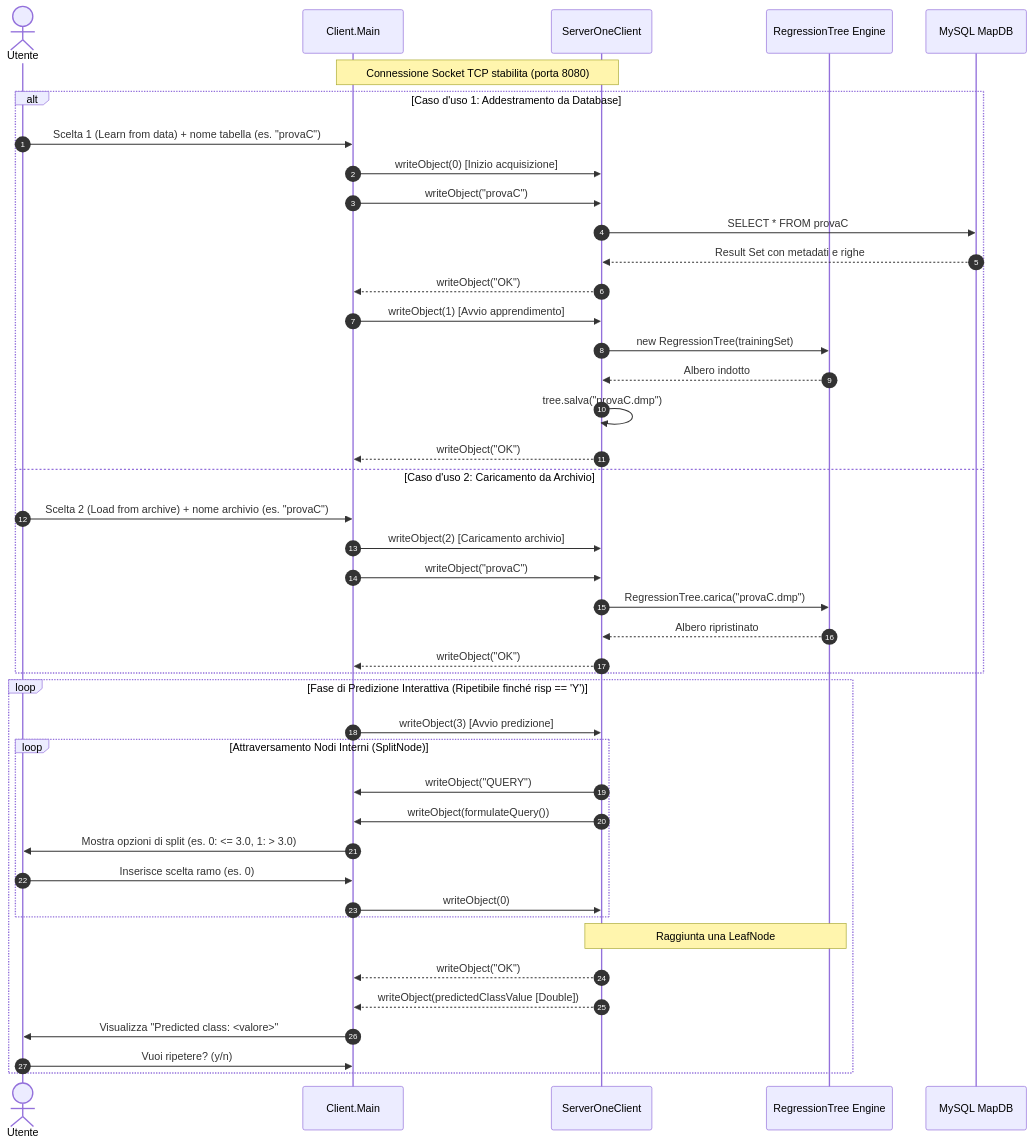
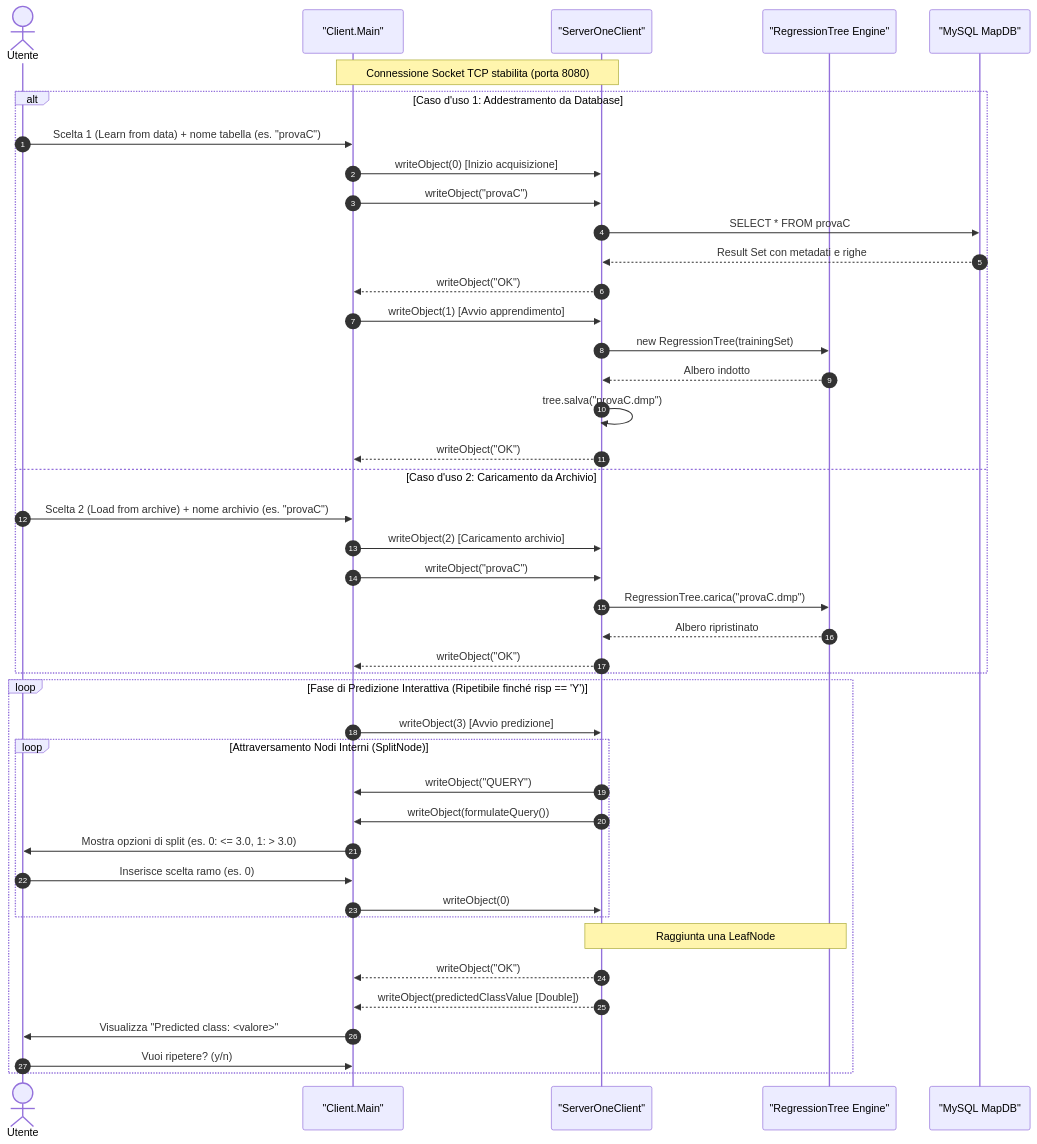
The second of 4 diagrams in docs/guida-tecnica.md (MarcoDiana/Albero_di_regressione), drawn with Mermaid before and after one commit. The commit also changed other lines of this file and 222 other files, not shown here.

Commit message:
docs: allineamento completo documentazione, diagrammi UML, PDF e javadoc aggregato

````diff
--- a/docs/guida-tecnica.md
+++ b/docs/guida-tecnica.md
@@ -276,49 +276,49 @@
 ```mermaid
 sequenceDiagram
     autonumber
     actor Utente
-    participant Client as Client.Main
-    participant Server as ServerOneClient
-    participant Engine as RegressionTree Engine
-    participant DB as MySQL MapDB
+    participant Client as "Client.Main"
+    participant Server as "ServerOneClient"
+    participant Engine as "RegressionTree Engine"
+    participant DB as "MySQL MapDB"
 
     Note over Client,Server: Connessione Socket TCP stabilita (porta 8080)
 
     alt Caso d'uso 1: Addestramento da Database
         Utente->>Client: Scelta 1 (Learn from data) + nome tabella (es. "provaC")
         Client->>Server: writeObject(0) [Inizio acquisizione]
         Client->>Server: writeObject("provaC")
         Server->>DB: SELECT * FROM provaC
         DB-->>Server: Result Set con metadati e righe
         Server-->>Client: writeObject("OK")
         
         Client->>Server: writeObject(1) [Avvio apprendimento]
         Server->>Engine: new RegressionTree(trainingSet)
         Engine-->>Server: Albero indotto
         Server->>Server: tree.salva("provaC.dmp")
         Server-->>Client: writeObject("OK")
     else Caso d'uso 2: Caricamento da Archivio
         Utente->>Client: Scelta 2 (Load from archive) + nome archivio (es. "provaC")
         Client->>Server: writeObject(2) [Caricamento archivio]
         Client->>Server: writeObject("provaC")
         Server->>Engine: RegressionTree.carica("provaC.dmp")
         Engine-->>Server: Albero ripristinato
         Server-->>Client: writeObject("OK")
     end
 
     loop Fase di Predizione Interattiva (Ripetibile finché risp == 'Y')
         Client->>Server: writeObject(3) [Avvio predizione]
         loop Attraversamento Nodi Interni (SplitNode)
             Server->>Client: writeObject("QUERY")
             Server->>Client: writeObject(formulateQuery())
             Client->>Utente: Mostra opzioni di split (es. 0: <= 3.0, 1: > 3.0)
             Utente->>Client: Inserisce scelta ramo (es. 0)
             Client->>Server: writeObject(0)
         end
         Note over Server,Engine: Raggiunta una LeafNode
         Server-->>Client: writeObject("OK")
         Server-->>Client: writeObject(predictedClassValue [Double])
         Client->>Utente: Visualizza "Predicted class: <valore>"
         Utente->>Client: Vuoi ripetere? (y/n)
     end
 ```
````
